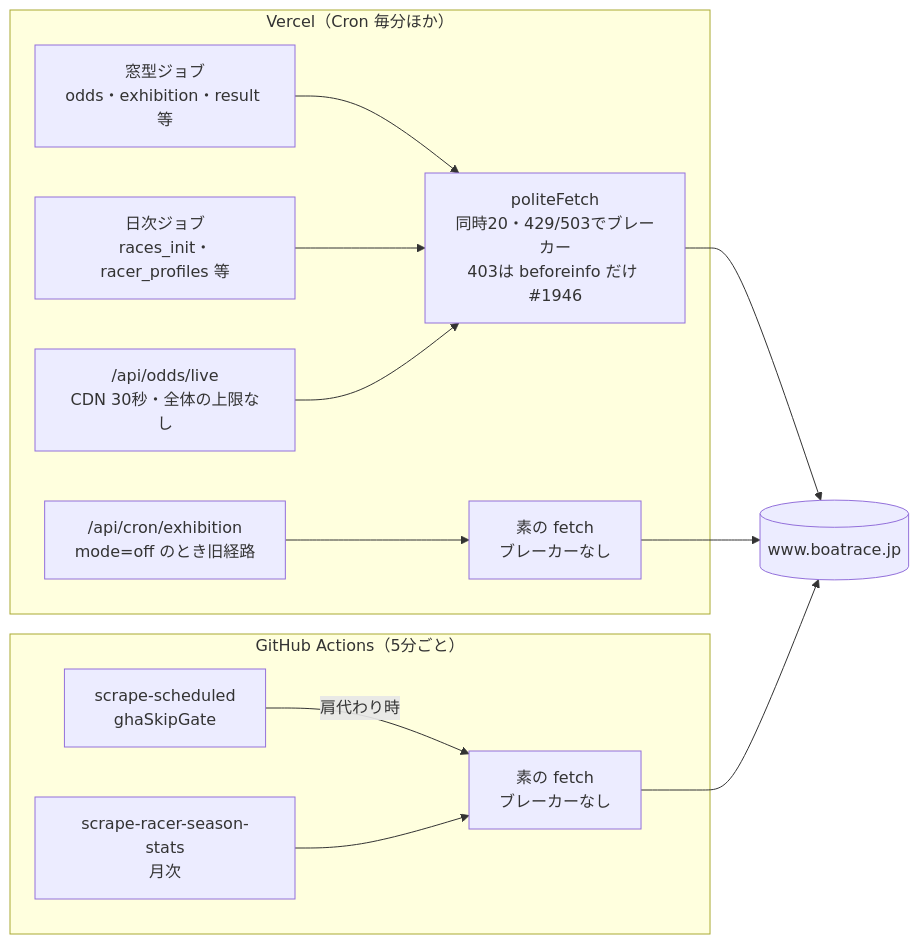
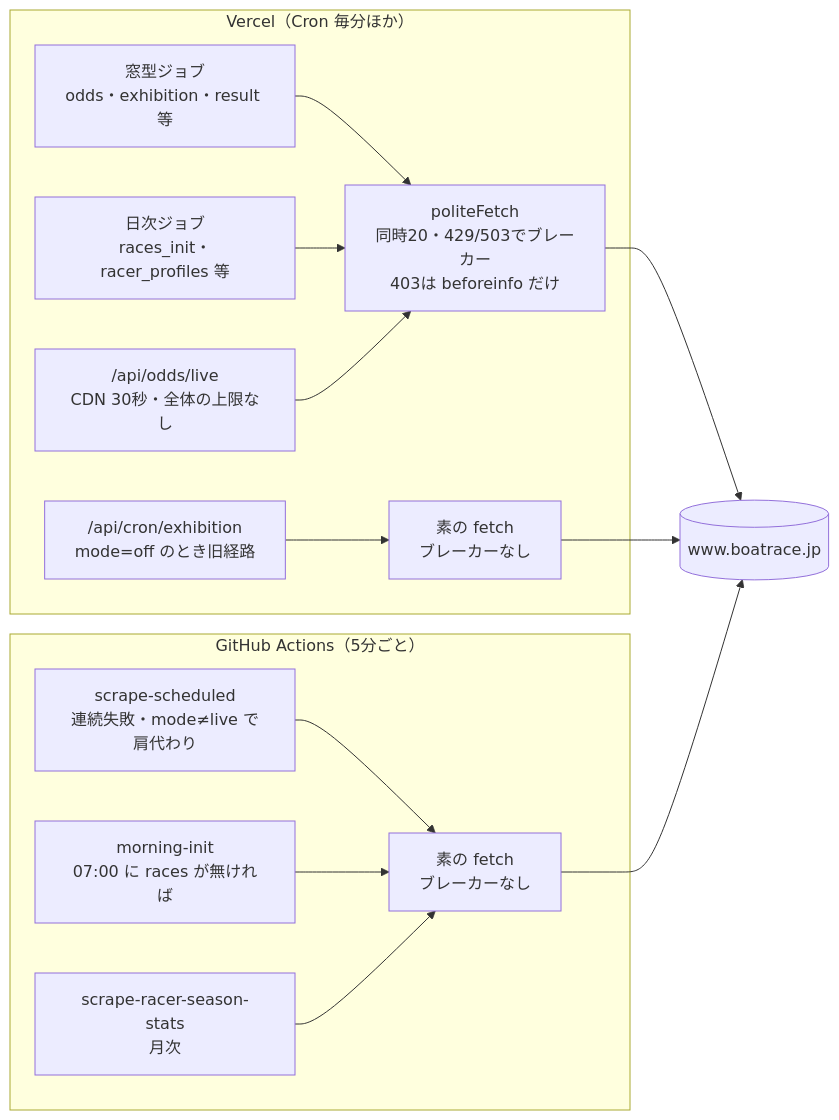
The first of 3 diagrams in docs/design/scraping-load-budget/spec.md (rhapsody0919/boatrace-ai-predictor), drawn with Mermaid before and after one commit. The commit also changed other lines of this file and 5 other files, not shown here.

````diff
--- a/docs/design/scraping-load-budget/spec.md
+++ b/docs/design/scraping-load-budget/spec.md
@@ -47,16 +61,17 @@
 ```mermaid
 flowchart LR
   subgraph Vercel["Vercel（Cron 毎分ほか）"]
-    W[窓型ジョブ<br/>odds・exhibition・result 等] --> PF[politeFetch<br/>同時20・429/503でブレーカー<br/>403は beforeinfo だけ #1946]
+    W[窓型ジョブ<br/>odds・exhibition・result 等] --> PF[politeFetch<br/>同時20・429/503でブレーカー<br/>403は beforeinfo だけ]
     D[日次ジョブ<br/>races_init・racer_profiles 等] --> PF
     L["/api/odds/live<br/>CDN 30秒・全体の上限なし"] --> PF
     X["/api/cron/exhibition<br/>mode=off のとき旧経路"] --> RF1[素の fetch<br/>ブレーカーなし]
   end
   subgraph GHA["GitHub Actions（5分ごと）"]
-    S[scrape-scheduled<br/>ghaSkipGate] -->|肩代わり時| RF2[素の fetch<br/>ブレーカーなし]
+    S[scrape-scheduled<br/>連続失敗・mode≠live で肩代わり] --> RF2[素の fetch<br/>ブレーカーなし]
+    MI[morning-init<br/>07:00 に races が無ければ] --> RF2
     M[scrape-racer-season-stats<br/>月次] --> RF2
   end
   PF --> B[(www.boatrace.jp)]
   RF1 --> B
   RF2 --> B
 ```
````
